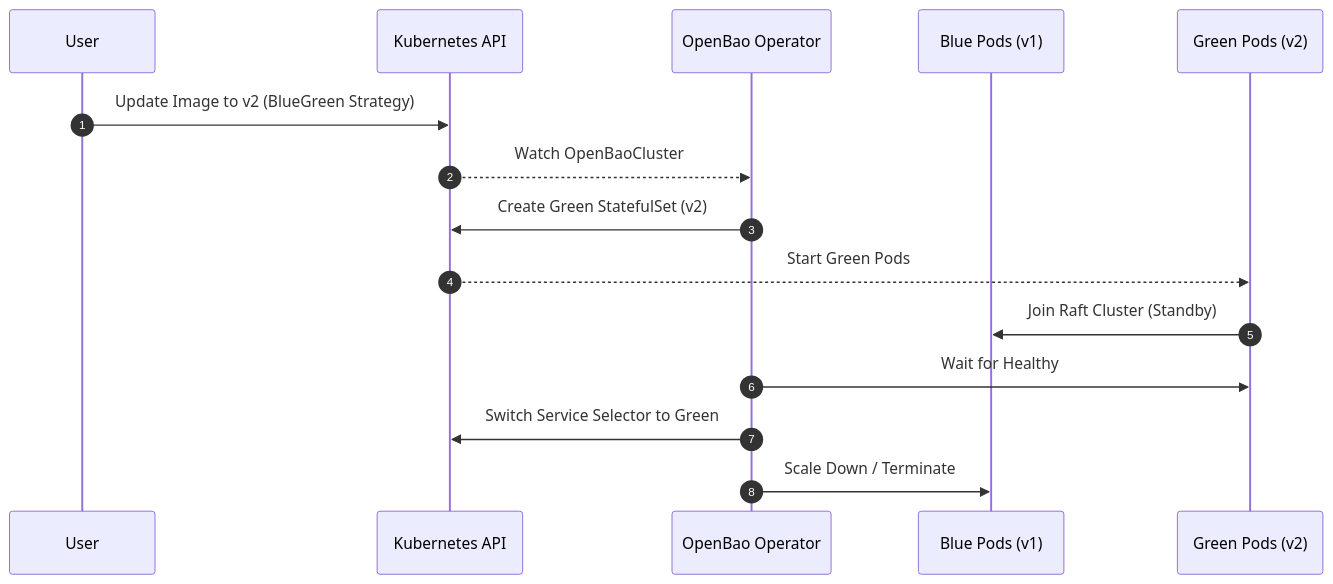
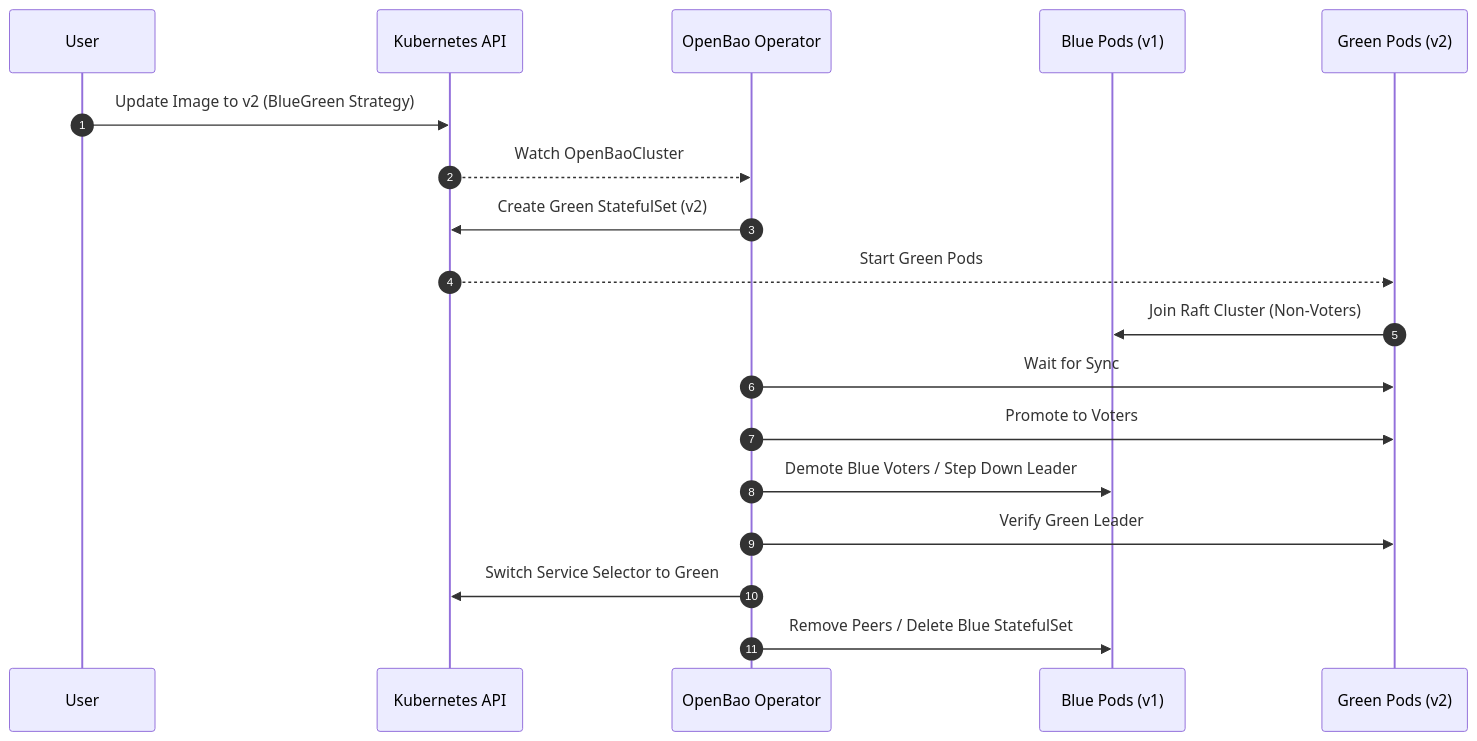
The second of 2 diagrams in docs/architecture/lifecycle/day2-operations.md (dc-tec/openbao-operator), drawn with Mermaid before and after one commit. The commit also changed other lines of this file and 8 other files, not shown here.

Commit message:
docs(architecture): align layer and manager guidance

````diff
--- a/docs/architecture/lifecycle/day2-operations.md
+++ b/docs/architecture/lifecycle/day2-operations.md
@@ -71,18 +71,21 @@
     ```mermaid
     sequenceDiagram
         autonumber
         participant U as User
         participant K as Kubernetes API
         participant Op as OpenBao Operator
         participant Blue as Blue Pods (v1)
         participant Green as Green Pods (v2)
 
         U->>K: Update Image to v2 (BlueGreen Strategy)
         K-->>Op: Watch OpenBaoCluster
         Op->>K: Create Green StatefulSet (v2)
         K-->>Green: Start Green Pods
-        Green->>Blue: Join Raft Cluster (Standby)
-        Op->>Green: Wait for Healthy
+        Green->>Blue: Join Raft Cluster (Non-Voters)
+        Op->>Green: Wait for Sync
+        Op->>Green: Promote to Voters
+        Op->>Blue: Demote Blue Voters / Step Down Leader
+        Op->>Green: Verify Green Leader
         Op->>K: Switch Service Selector to Green
-        Op->>Blue: Scale Down / Terminate
+        Op->>Blue: Remove Peers / Delete Blue StatefulSet
     ```
````
